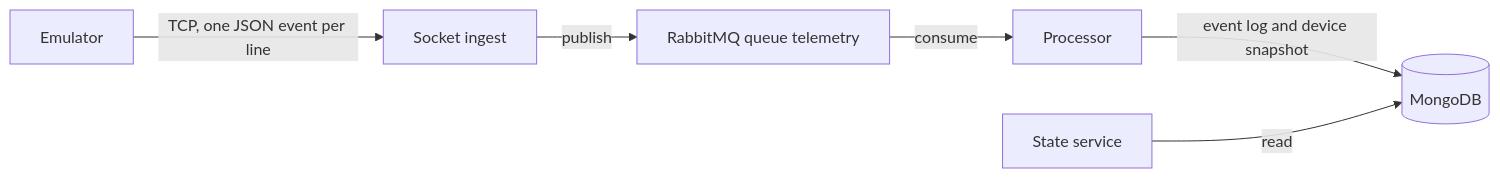
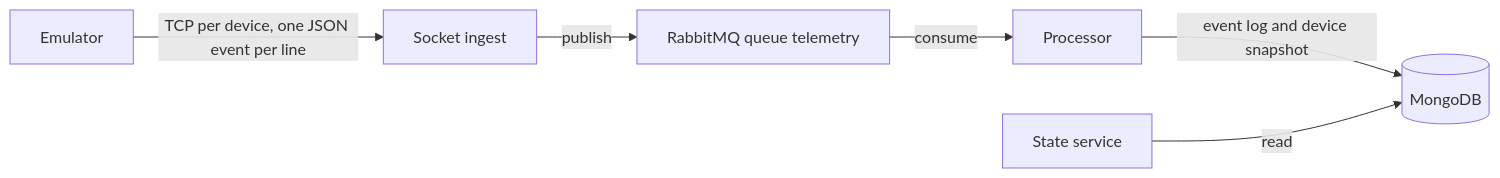
The diagram in docs/architecture.md (littlewhywhat/rabbitmq-exercise), drawn with Mermaid before and after one commit. The commit also changed other lines of this file and 15 other files, not shown here.

Commit message:
feat: add the device emulator (#4)

````diff
--- a/docs/architecture.md
+++ b/docs/architecture.md
@@ -3,15 +3,15 @@
 ```mermaid
 flowchart LR
   emulator[Emulator]
   ingest[Socket ingest]
   rabbit[RabbitMQ queue telemetry]
   processor[Processor]
   mongo[(MongoDB)]
   state[State service]
 
-  emulator -->|TCP, one JSON event per line| ingest
+  emulator -->|TCP per device, one JSON event per line| ingest
   ingest -->|publish| rabbit
   rabbit -->|consume| processor
   processor -->|event log and device snapshot| mongo
   state -->|read| mongo
 ```
````
